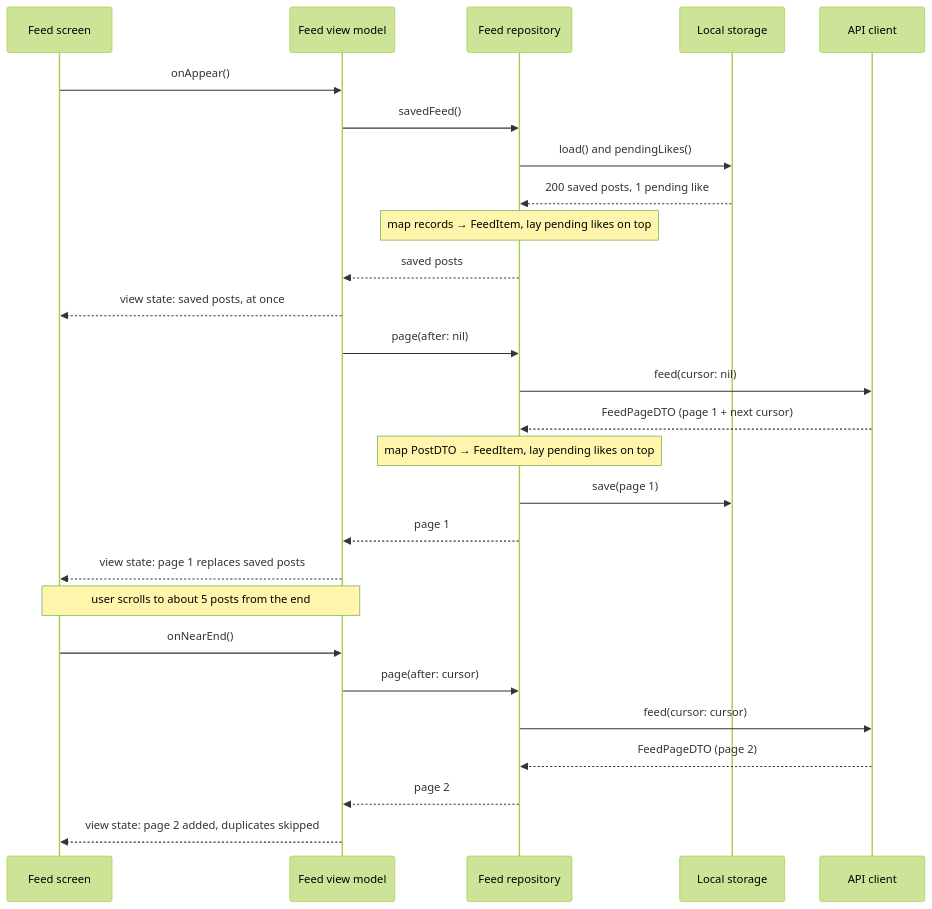
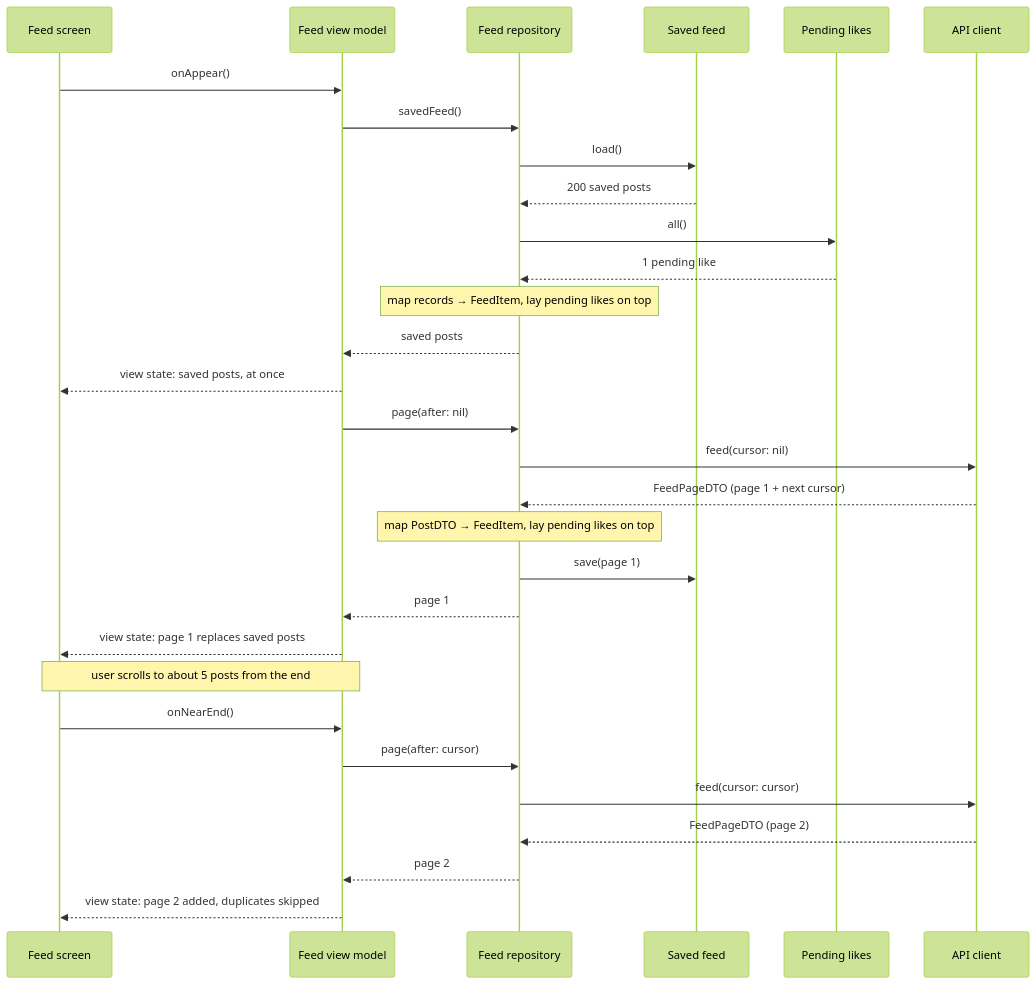
The second of 5 diagrams in topics/system-design/02-infinite-photo-feed.md (rezabina86/reference-desk), drawn with Mermaid (forest theme) before and after one commit. The commit also changed other lines of this file and 6 other files, not shown here.

````diff
--- a/topics/system-design/02-infinite-photo-feed.md
+++ b/topics/system-design/02-infinite-photo-feed.md
@@ -478,29 +504,32 @@
 ```mermaid
 sequenceDiagram
   participant V as Feed screen
   participant VM as Feed view model
   participant R as Feed repository
-  participant S as Local storage
+  participant S as Saved feed
+  participant P as Pending likes
   participant A as API client
   V->>VM: onAppear()
   VM->>R: savedFeed()
-  R->>S: load() and pendingLikes()
-  S-->>R: 200 saved posts, 1 pending like
+  R->>S: load()
+  S-->>R: 200 saved posts
+  R->>P: all()
+  P-->>R: 1 pending like
   Note over R: map records → FeedItem, lay pending likes on top
   R-->>VM: saved posts
   VM-->>V: view state: saved posts, at once
   VM->>R: page(after: nil)
   R->>A: feed(cursor: nil)
   A-->>R: FeedPageDTO (page 1 + next cursor)
   Note over R: map PostDTO → FeedItem, lay pending likes on top
   R->>S: save(page 1)
   R-->>VM: page 1
   VM-->>V: view state: page 1 replaces saved posts
   Note over V,VM: user scrolls to about 5 posts from the end
   V->>VM: onNearEnd()
   VM->>R: page(after: cursor)
   R->>A: feed(cursor: cursor)
   A-->>R: FeedPageDTO (page 2)
   R-->>VM: page 2
   VM-->>V: view state: page 2 added, duplicates skipped
 ```
````
